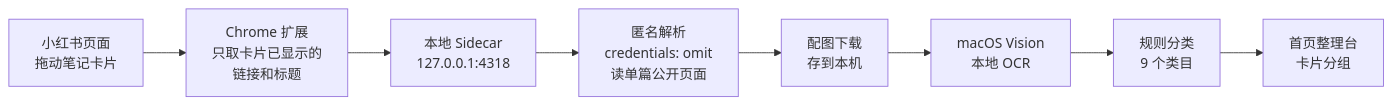
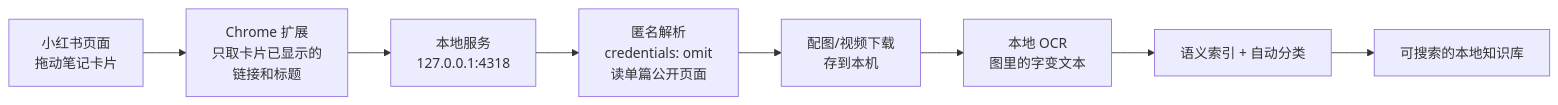
The diagram in README.md (Jisiyong-A/shoucang), drawn with Mermaid before and after one commit. The commit also changed other lines of this file, not shown here.

````diff
--- a/README.md
+++ b/README.md
@@ -59,10 +63,10 @@
 ```mermaid
 flowchart LR
     A[小红书页面<br/>拖动笔记卡片] --> B[Chrome 扩展<br/>只取卡片已显示的<br/>链接和标题]
-    B --> C[本地 Sidecar<br/>127.0.0.1:4318]
+    B --> C[本地服务<br/>127.0.0.1:4318]
     C --> D[匿名解析<br/>credentials: omit<br/>读单篇公开页面]
-    D --> E[配图下载<br/>存到本机]
-    E --> F[macOS Vision<br/>本地 OCR]
-    F --> G[规则分类<br/>9 个类目]
-    G --> H[首页整理台<br/>卡片分组]
+    D --> E[配图/视频下载<br/>存到本机]
+    E --> F[本地 OCR<br/>图里的字变文本]
+    F --> G[语义索引 + 自动分类]
+    G --> H[可搜索的本地知识库]
 ```
````
